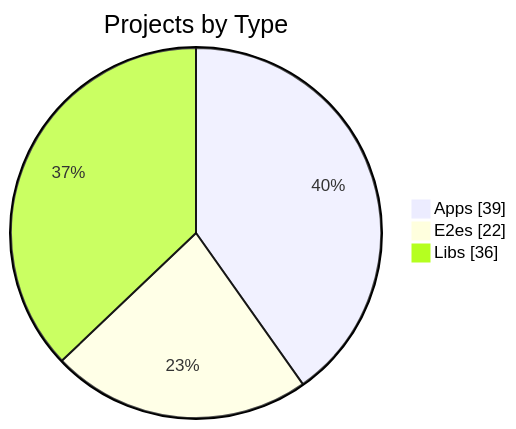
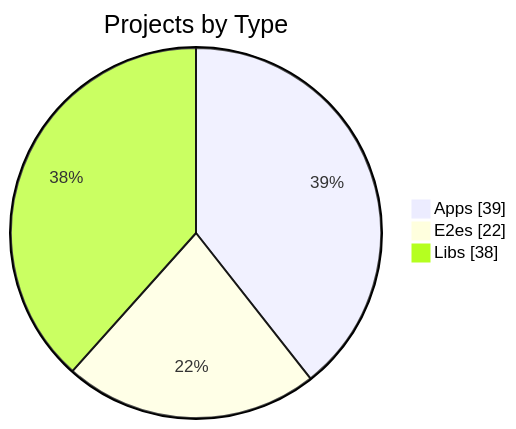
Before and after one commit to KBVE/kbve: the first of 3 diagrams in apps/kbve/astro-kbve/src/content/docs/dashboard/graph.mdx, drawn with Mermaid. The commit also changed other lines of this file and 8 other files, not shown here.

````diff
--- a/apps/kbve/astro-kbve/src/content/docs/dashboard/graph.mdx
+++ b/apps/kbve/astro-kbve/src/content/docs/dashboard/graph.mdx
@@ -56,7 +56,7 @@
 ```mermaid
 pie showData
     title Projects by Type
     "Apps" : 39
     "E2es" : 22
-    "Libs" : 36
+    "Libs" : 38
 ```
````
